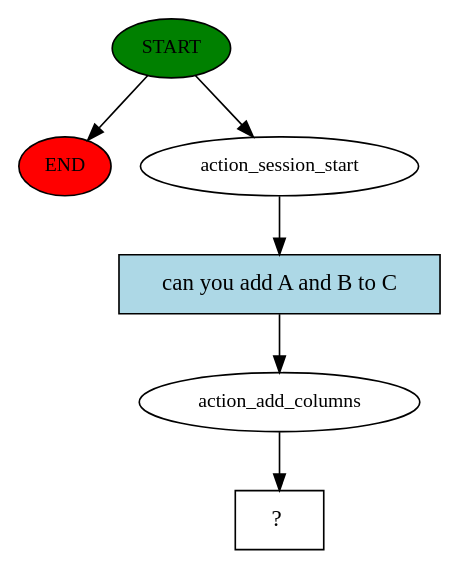
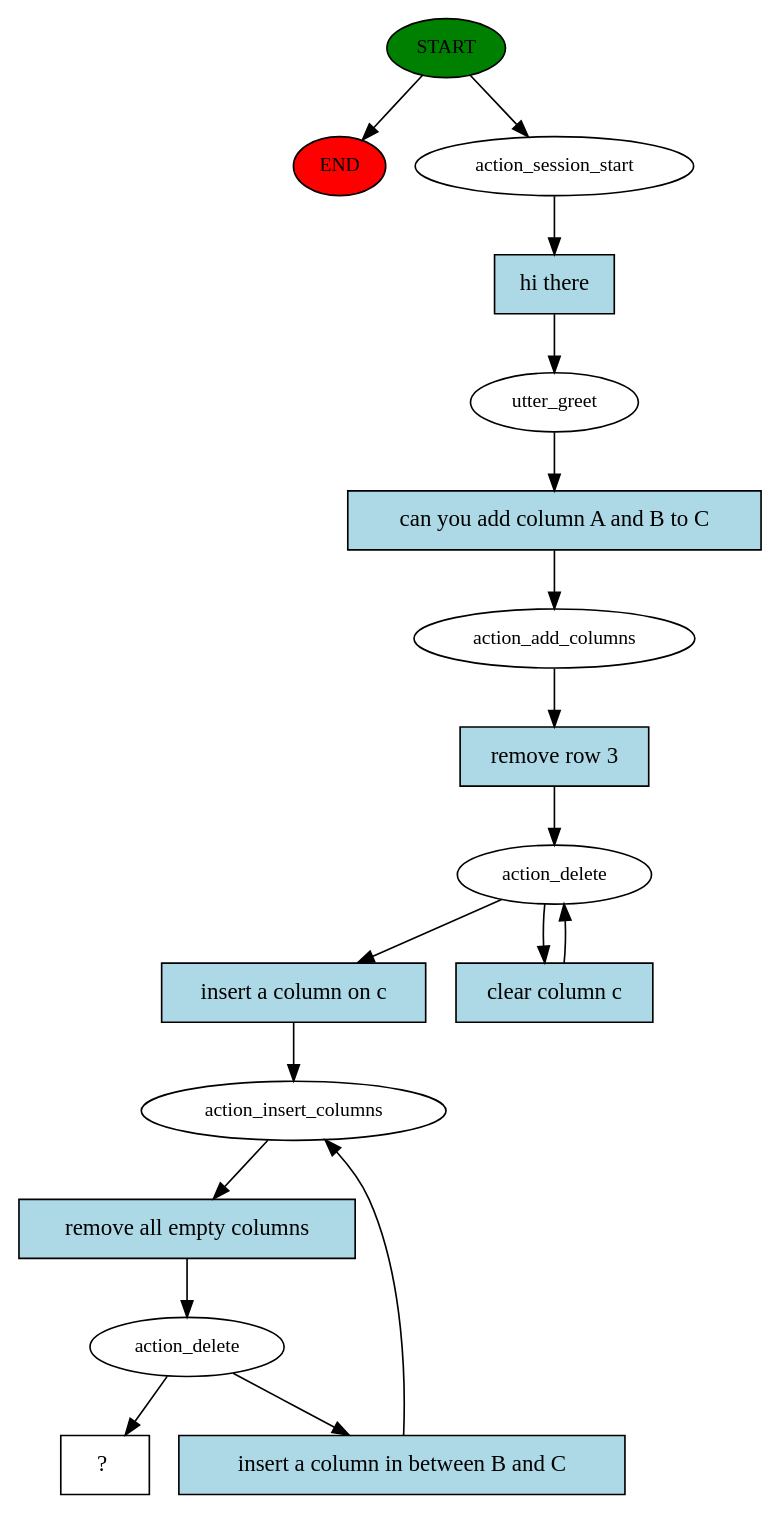
Before and after one commit to killerB97/Excelency: the diagram in story_graph.dot, drawn with Graphviz. The commit also changed 12 other files, not shown here.

```diff
--- a/story_graph.dot
+++ b/story_graph.dot
@@ -1,13 +1,35 @@
 digraph  {
 0 [class="start active", fillcolor=green, fontsize=12, label=START, style=filled];
 "-1" [class=end, fillcolor=red, fontsize=12, label=END, style=filled];
 1 [class=active, fontsize=12, label=action_session_start];
-2 [class=active, fontsize=12, label=action_add_columns];
-3 [class="intent dashed active", label="  ?  ", shape=rect];
-4 [class="intent active", fillcolor=lightblue, label="can you add A and B to C", shape=rect, style=filled];
+2 [class=active, fontsize=12, label=utter_greet];
+3 [class=active, fontsize=12, label=action_add_columns];
+4 [class=active, fontsize=12, label=action_delete];
+6 [class=active, fontsize=12, label=action_insert_columns];
+7 [class=active, fontsize=12, label=action_delete];
+10 [class="intent dashed active", label="  ?  ", shape=rect];
+11 [class="intent active", fillcolor=lightblue, label="hi there", shape=rect, style=filled];
+12 [class="intent active", fillcolor=lightblue, label="can you add column A and B to C", shape=rect, style=filled];
+13 [class="intent active", fillcolor=lightblue, label="remove row 3", shape=rect, style=filled];
+14 [class="intent active", fillcolor=lightblue, label="insert a column on c", shape=rect, style=filled];
+15 [class="intent active", fillcolor=lightblue, label="clear column c", shape=rect, style=filled];
+16 [class="intent active", fillcolor=lightblue, label="remove all empty columns", shape=rect, style=filled];
+17 [class="intent active", fillcolor=lightblue, label="insert a column in between B and C", shape=rect, style=filled];
 0 -> "-1"  [class="", key=NONE, label=""];
 0 -> 1  [class=active, key=NONE, label=""];
-1 -> 4  [class=active, key=0];
-2 -> 3  [class=active, key=NONE, label=""];
-4 -> 2  [class=active, key=0];
+1 -> 11  [class=active, key=0];
+2 -> 12  [class=active, key=0];
+3 -> 13  [class=active, key=0];
+4 -> 14  [class=active, key=0];
+4 -> 15  [class=active, key=0];
+6 -> 16  [class=active, key=0];
+7 -> 10  [class=active, key=NONE, label=""];
+7 -> 17  [class=active, key=0];
+11 -> 2  [class=active, key=0];
+12 -> 3  [class=active, key=0];
+13 -> 4  [class=active, key=0];
+14 -> 6  [class=active, key=0];
+15 -> 4  [class=active, key=0];
+16 -> 7  [class=active, key=0];
+17 -> 6  [class=active, key=0];
 }
```
